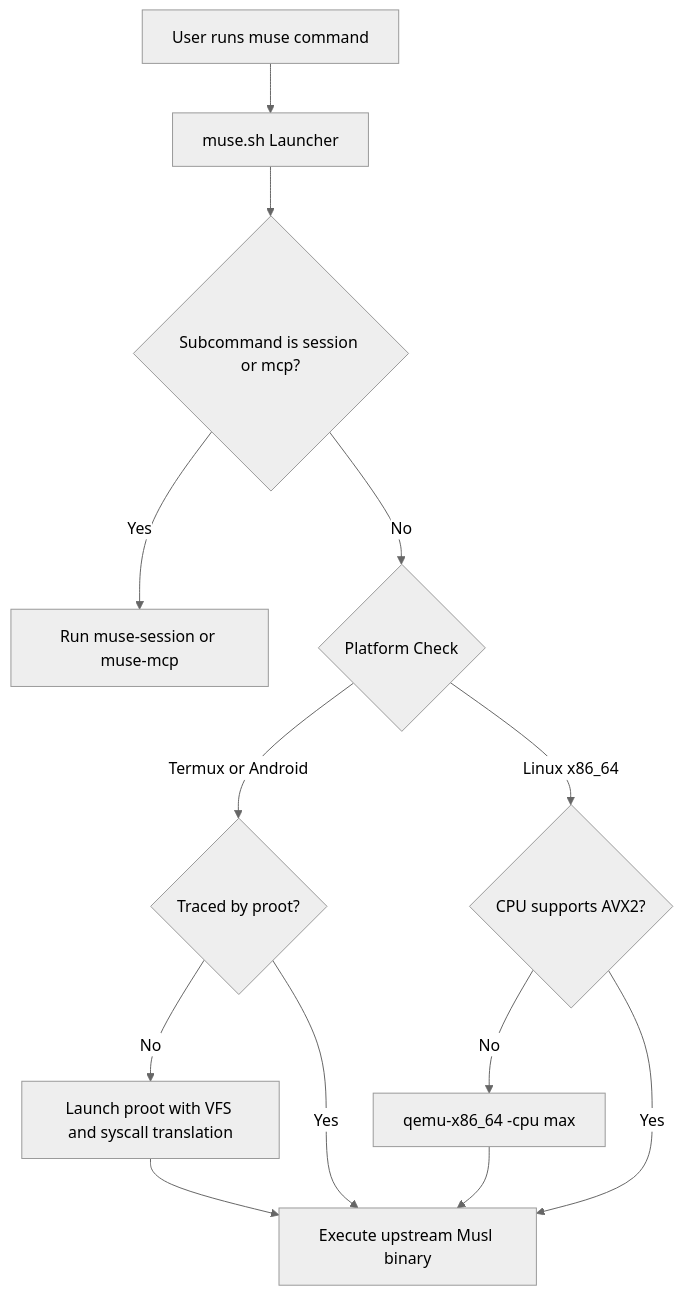
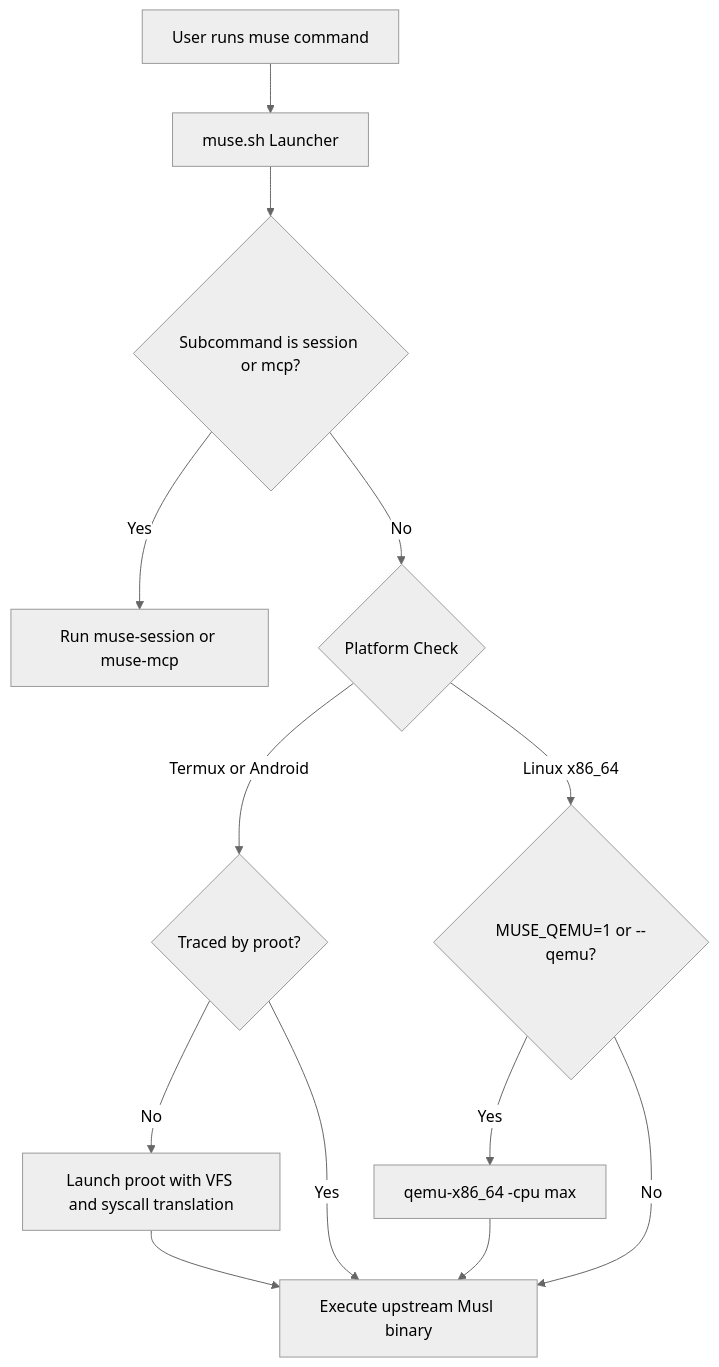
The diagram in README.md (Twilight0/muse-code), drawn with Mermaid (neutral theme) before and after one commit. The commit also changed other lines of this file and 7 other files, not shown here.

Commit message:
Update to 1.4.10.r6427.1; make QEMU AVX2 fallback opt-in

````diff
--- a/README.md
+++ b/README.md
@@ -229,18 +232,18 @@
 ```mermaid
 graph TD
     CLI["User runs muse command"] --> SCRIPT["muse.sh Launcher"]
     
     SCRIPT --> CHECK_HELPER{"Subcommand is session or mcp?"}
     CHECK_HELPER -->|Yes| HELPER["Run muse-session or muse-mcp"]
     CHECK_HELPER -->|No| CHECK_ENV{"Platform Check"}
     
     CHECK_ENV -->|Termux or Android| TERMUX{"Traced by proot?"}
     TERMUX -->|No| PROOT["Launch proot with VFS and syscall translation"]
     PROOT --> REAL_BIN["Execute upstream Musl binary"]
     TERMUX -->|Yes| REAL_BIN
     
-    CHECK_ENV -->|Linux x86_64| AVX2{"CPU supports AVX2?"}
-    AVX2 -->|No| QEMU["qemu-x86_64 -cpu max"]
-    QEMU --> REAL_BIN
-    AVX2 -->|Yes| REAL_BIN
+    CHECK_ENV -->|Linux x86_64| QEMU{"MUSE_QEMU=1 or --qemu?"}
+    QEMU -->|Yes| QEMURUN["qemu-x86_64 -cpu max"]
+    QEMURUN --> REAL_BIN
+    QEMU -->|No| REAL_BIN
 ```
````
